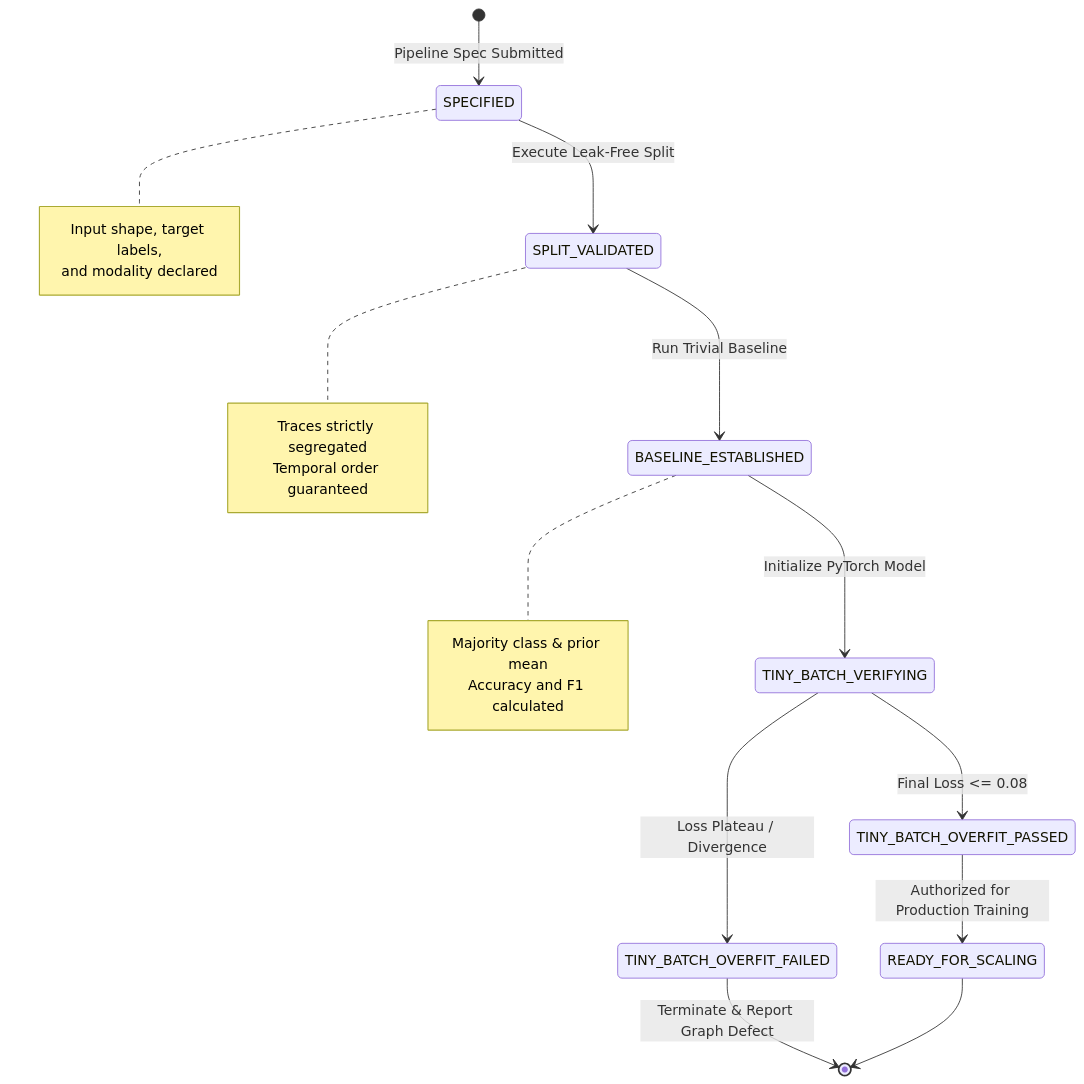
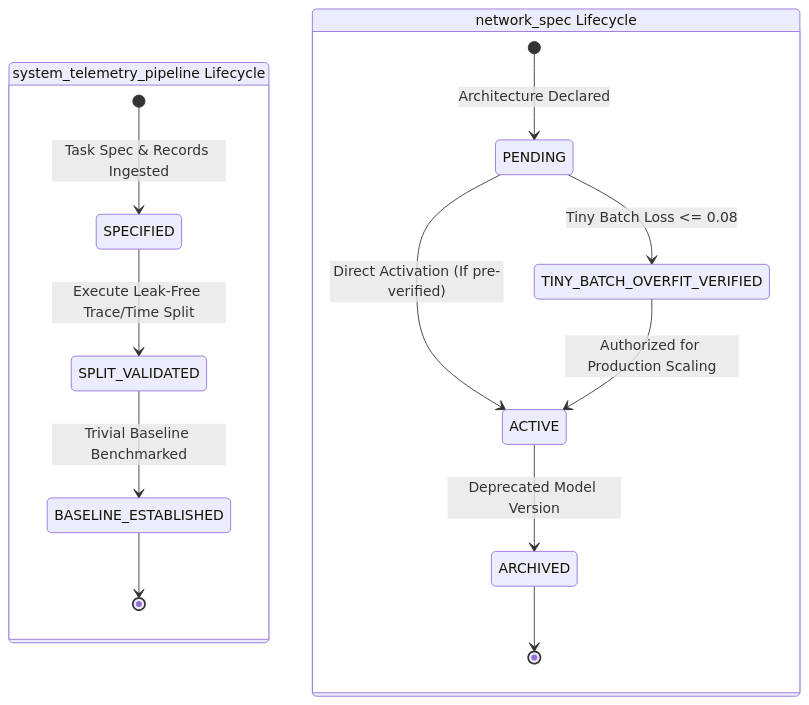
Before and after one commit to Chief-Strategist-J/llm-obs-neural-network-design: the third of 4 diagrams in adr/0001-distributed-systems-telemetry-pipeline-and-baselines.md, drawn with Mermaid. The commit also changed other lines of this file, not shown here.

Commit message:
docs(adr): update ADR-0001 with detailed mathematical formulas, PyTorch residual architecture, and consolidated feature flow

````diff
--- a/adr/0001-distributed-systems-telemetry-pipeline-and-baselines.md
+++ b/adr/0001-distributed-systems-telemetry-pipeline-and-baselines.md
@@ -113,28 +113,18 @@
 ```mermaid
 stateDiagram-v2
-    [*] --> SPECIFIED: Pipeline Spec Submitted
-    note right of SPECIFIED
-      Input shape, target labels,
-      and modality declared
-    end note
+    state "system_telemetry_pipeline Lifecycle" as Pipeline {
+        [*] --> SPECIFIED: Task Spec & Records Ingested
+        SPECIFIED --> SPLIT_VALIDATED: Execute Leak-Free Trace/Time Split
+        SPLIT_VALIDATED --> BASELINE_ESTABLISHED: Trivial Baseline Benchmarked
+        BASELINE_ESTABLISHED --> [*]
+    }
 
-    SPECIFIED --> SPLIT_VALIDATED: Execute Leak-Free Split
-    note right of SPLIT_VALIDATED
-      Traces strictly segregated
-      Temporal order guaranteed
-    end note
-
-    SPLIT_VALIDATED --> BASELINE_ESTABLISHED: Run Trivial Baseline
-    note right of BASELINE_ESTABLISHED
-      Majority class & prior mean
-      Accuracy and F1 calculated
-    end note
-
-    BASELINE_ESTABLISHED --> TINY_BATCH_VERIFYING: Initialize PyTorch Model
-    TINY_BATCH_VERIFYING --> TINY_BATCH_OVERFIT_PASSED: Final Loss <= 0.08
-    TINY_BATCH_VERIFYING --> TINY_BATCH_OVERFIT_FAILED: Loss Plateau / Divergence
-
-    TINY_BATCH_OVERFIT_PASSED --> READY_FOR_SCALING: Authorized for Production Training
-    TINY_BATCH_OVERFIT_FAILED --> [*]: Terminate & Report Graph Defect
-    READY_FOR_SCALING --> [*]
+    state "network_spec Lifecycle" as Spec {
+        [*] --> PENDING: Architecture Declared
+        PENDING --> TINY_BATCH_OVERFIT_VERIFIED: Tiny Batch Loss <= 0.08
+        PENDING --> ACTIVE: Direct Activation (If pre-verified)
+        TINY_BATCH_OVERFIT_VERIFIED --> ACTIVE: Authorized for Production Scaling
+        ACTIVE --> ARCHIVED: Deprecated Model Version
+        ARCHIVED --> [*]
+    }
 ```
````
